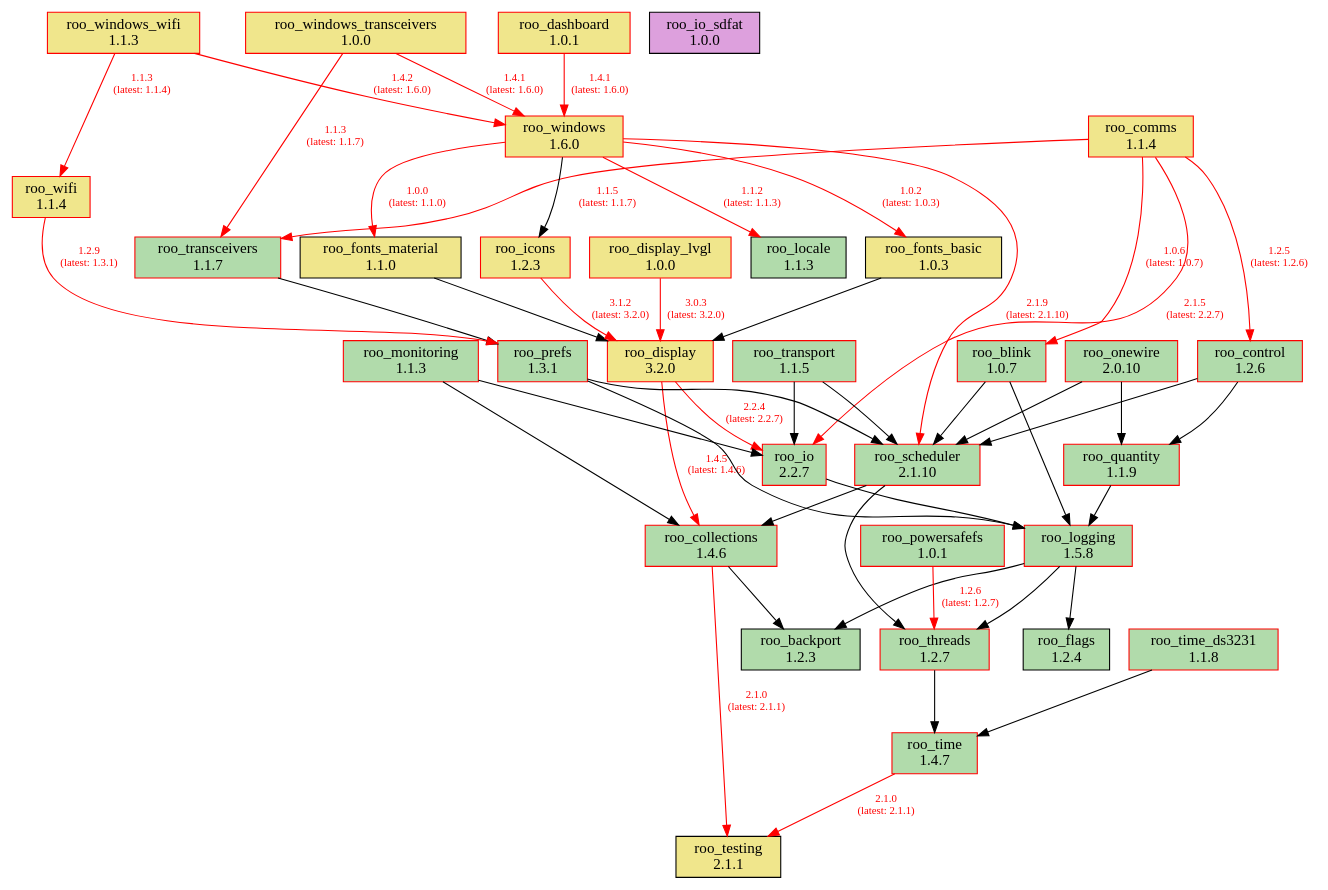
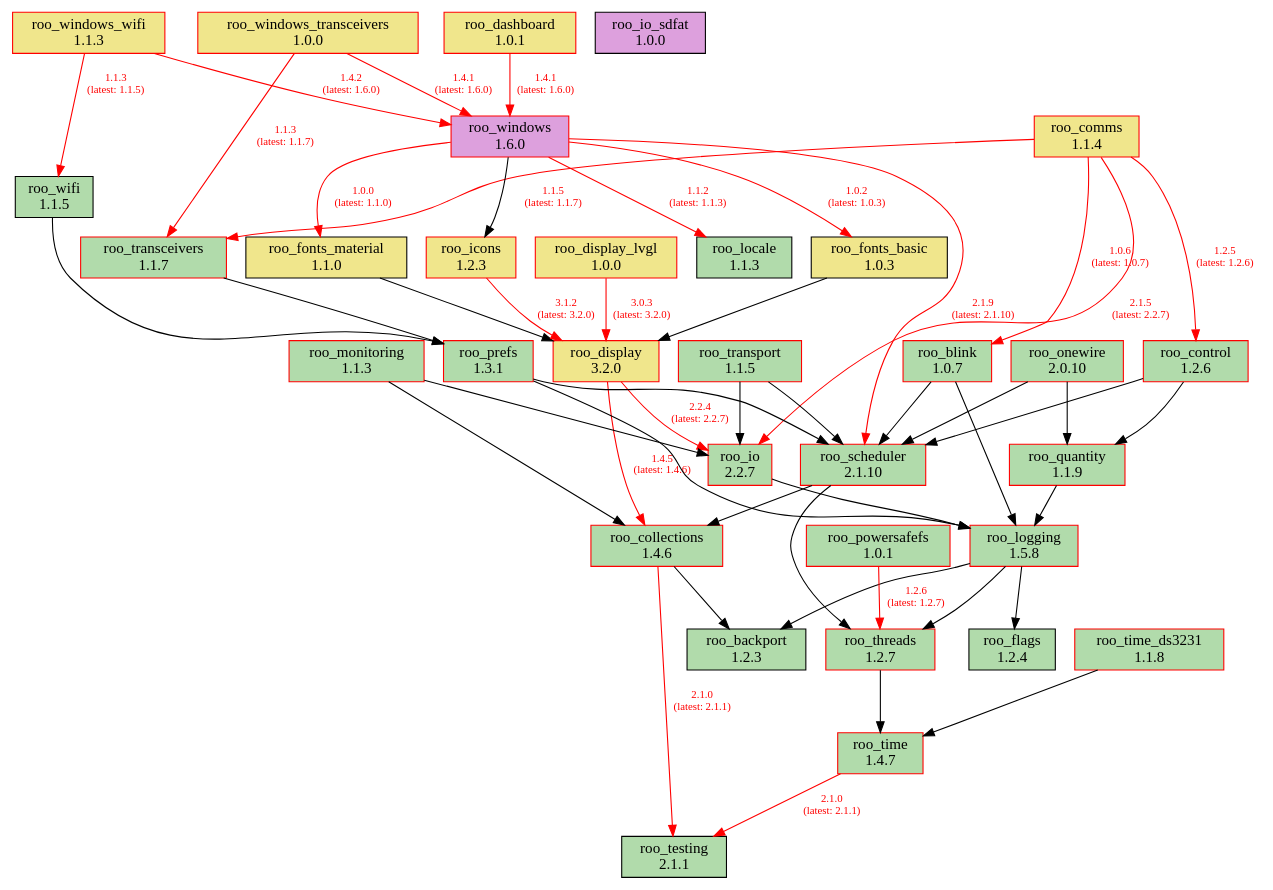
One commit to dejwk/roo-registry changed the diagram in doc/dependencies.dot. Above: the diagram before and after it, drawn with Graphviz. The commit also changed 3 other files, not shown here.

Commit message:
Added roo_wifi 1.1.5 to the registry.

```diff
--- a/doc/dependencies.dot
+++ b/doc/dependencies.dot
@@ -1,88 +1,88 @@
 digraph dependencies {
     rankdir=TB;
     node [shape=box, style=filled];
     edge [fontsize=10];
 
     // Modules
     "roo_backport" [label="roo_backport\n1.2.3", fillcolor="#b1dbab", color="black"];
     "roo_blink" [label="roo_blink\n1.0.7", fillcolor="#b1dbab", color="red"];
     "roo_collections" [label="roo_collections\n1.4.6", fillcolor="#b1dbab", color="red"];
     "roo_comms" [label="roo_comms\n1.1.4", fillcolor="khaki", color="red"];
     "roo_control" [label="roo_control\n1.2.6", fillcolor="#b1dbab", color="red"];
     "roo_dashboard" [label="roo_dashboard\n1.0.1", fillcolor="khaki", color="red"];
     "roo_display" [label="roo_display\n3.2.0", fillcolor="khaki", color="red"];
     "roo_display_lvgl" [label="roo_display_lvgl\n1.0.0", fillcolor="khaki", color="red"];
     "roo_flags" [label="roo_flags\n1.2.4", fillcolor="#b1dbab", color="black"];
     "roo_fonts_basic" [label="roo_fonts_basic\n1.0.3", fillcolor="khaki", color="black"];
     "roo_fonts_material" [label="roo_fonts_material\n1.1.0", fillcolor="khaki", color="black"];
     "roo_icons" [label="roo_icons\n1.2.3", fillcolor="khaki", color="red"];
     "roo_io" [label="roo_io\n2.2.7", fillcolor="#b1dbab", color="red"];
     "roo_io_sdfat" [label="roo_io_sdfat\n1.0.0", fillcolor="plum", color="black"];
     "roo_locale" [label="roo_locale\n1.1.3", fillcolor="#b1dbab", color="black"];
     "roo_logging" [label="roo_logging\n1.5.8", fillcolor="#b1dbab", color="red"];
     "roo_monitoring" [label="roo_monitoring\n1.1.3", fillcolor="#b1dbab", color="red"];
     "roo_onewire" [label="roo_onewire\n2.0.10", fillcolor="#b1dbab", color="red"];
     "roo_powersafefs" [label="roo_powersafefs\n1.0.1", fillcolor="#b1dbab", color="red"];
     "roo_prefs" [label="roo_prefs\n1.3.1", fillcolor="#b1dbab", color="red"];
     "roo_quantity" [label="roo_quantity\n1.1.9", fillcolor="#b1dbab", color="red"];
     "roo_scheduler" [label="roo_scheduler\n2.1.10", fillcolor="#b1dbab", color="red"];
-    "roo_testing" [label="roo_testing\n2.1.1", fillcolor="khaki", color="black"];
+    "roo_testing" [label="roo_testing\n2.1.1", fillcolor="#b1dbab", color="black"];
     "roo_threads" [label="roo_threads\n1.2.7", fillcolor="#b1dbab", color="red"];
     "roo_time" [label="roo_time\n1.4.7", fillcolor="#b1dbab", color="red"];
     "roo_time_ds3231" [label="roo_time_ds3231\n1.1.8", fillcolor="#b1dbab", color="red"];
     "roo_transceivers" [label="roo_transceivers\n1.1.7", fillcolor="#b1dbab", color="red"];
     "roo_transport" [label="roo_transport\n1.1.5", fillcolor="#b1dbab", color="red"];
-    "roo_wifi" [label="roo_wifi\n1.1.4", fillcolor="khaki", color="red"];
-    "roo_windows" [label="roo_windows\n1.6.0", fillcolor="khaki", color="red"];
+    "roo_wifi" [label="roo_wifi\n1.1.5", fillcolor="#b1dbab", color="black"];
+    "roo_windows" [label="roo_windows\n1.6.0", fillcolor="plum", color="red"];
     "roo_windows_transceivers" [label="roo_windows_transceivers\n1.0.0", fillcolor="khaki", color="red"];
     "roo_windows_wifi" [label="roo_windows_wifi\n1.1.3", fillcolor="khaki", color="red"];
 
     // Dependencies
     "roo_blink" -> "roo_logging";
     "roo_blink" -> "roo_scheduler";
     "roo_collections" -> "roo_testing" [color=red, fontcolor=red, label="2.1.0\n(latest: 2.1.1)"];
     "roo_collections" -> "roo_backport";
     "roo_comms" -> "roo_blink" [color=red, fontcolor=red, label="1.0.6\n(latest: 1.0.7)"];
     "roo_comms" -> "roo_control" [color=red, fontcolor=red, label="1.2.5\n(latest: 1.2.6)"];
     "roo_comms" -> "roo_io" [color=red, fontcolor=red, label="2.1.5\n(latest: 2.2.7)"];
     "roo_comms" -> "roo_transceivers" [color=red, fontcolor=red, label="1.1.5\n(latest: 1.1.7)"];
     "roo_control" -> "roo_quantity";
     "roo_control" -> "roo_scheduler";
     "roo_dashboard" -> "roo_windows" [color=red, fontcolor=red, label="1.4.1\n(latest: 1.6.0)"];
     "roo_display" -> "roo_collections" [color=red, fontcolor=red, label="1.4.5\n(latest: 1.4.6)"];
     "roo_display" -> "roo_io" [color=red, fontcolor=red, label="2.2.4\n(latest: 2.2.7)"];
     "roo_display_lvgl" -> "roo_display" [color=red, fontcolor=red, label="3.0.3\n(latest: 3.2.0)"];
     "roo_fonts_basic" -> "roo_display";
     "roo_fonts_material" -> "roo_display";
     "roo_icons" -> "roo_display" [color=red, fontcolor=red, label="3.1.2\n(latest: 3.2.0)"];
     "roo_io" -> "roo_logging";
     "roo_logging" -> "roo_backport";
     "roo_logging" -> "roo_flags";
     "roo_logging" -> "roo_threads";
     "roo_monitoring" -> "roo_collections";
     "roo_monitoring" -> "roo_io";
     "roo_onewire" -> "roo_scheduler";
     "roo_onewire" -> "roo_quantity";
     "roo_powersafefs" -> "roo_threads" [color=red, fontcolor=red, label="1.2.6\n(latest: 1.2.7)"];
     "roo_prefs" -> "roo_logging";
     "roo_prefs" -> "roo_scheduler";
     "roo_quantity" -> "roo_logging";
     "roo_scheduler" -> "roo_collections";
     "roo_scheduler" -> "roo_threads";
     "roo_threads" -> "roo_time";
     "roo_time" -> "roo_testing" [color=red, fontcolor=red, label="2.1.0\n(latest: 2.1.1)"];
     "roo_time_ds3231" -> "roo_time";
     "roo_transceivers" -> "roo_prefs";
     "roo_transport" -> "roo_io";
     "roo_transport" -> "roo_scheduler";
-    "roo_wifi" -> "roo_prefs" [color=red, fontcolor=red, label="1.2.9\n(latest: 1.3.1)"];
+    "roo_wifi" -> "roo_prefs";
     "roo_windows" -> "roo_fonts_basic" [color=red, fontcolor=red, label="1.0.2\n(latest: 1.0.3)"];
     "roo_windows" -> "roo_fonts_material" [color=red, fontcolor=red, label="1.0.0\n(latest: 1.1.0)"];
     "roo_windows" -> "roo_locale" [color=red, fontcolor=red, label="1.1.2\n(latest: 1.1.3)"];
     "roo_windows" -> "roo_icons";
     "roo_windows" -> "roo_scheduler" [color=red, fontcolor=red, label="2.1.9\n(latest: 2.1.10)"];
     "roo_windows_transceivers" -> "roo_transceivers" [color=red, fontcolor=red, label="1.1.3\n(latest: 1.1.7)"];
     "roo_windows_transceivers" -> "roo_windows" [color=red, fontcolor=red, label="1.4.1\n(latest: 1.6.0)"];
-    "roo_windows_wifi" -> "roo_wifi" [color=red, fontcolor=red, label="1.1.3\n(latest: 1.1.4)"];
+    "roo_windows_wifi" -> "roo_wifi" [color=red, fontcolor=red, label="1.1.3\n(latest: 1.1.5)"];
     "roo_windows_wifi" -> "roo_windows" [color=red, fontcolor=red, label="1.4.2\n(latest: 1.6.0)"];
 }
```
